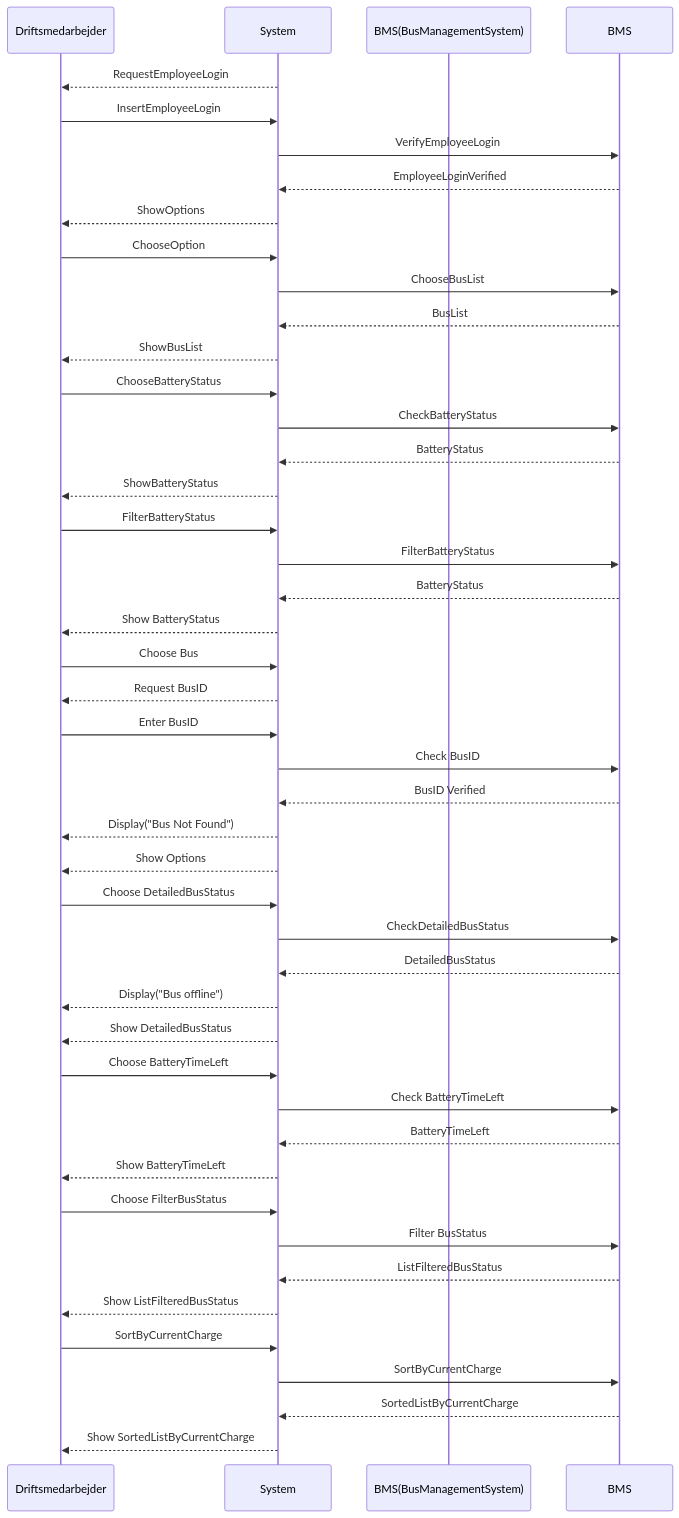
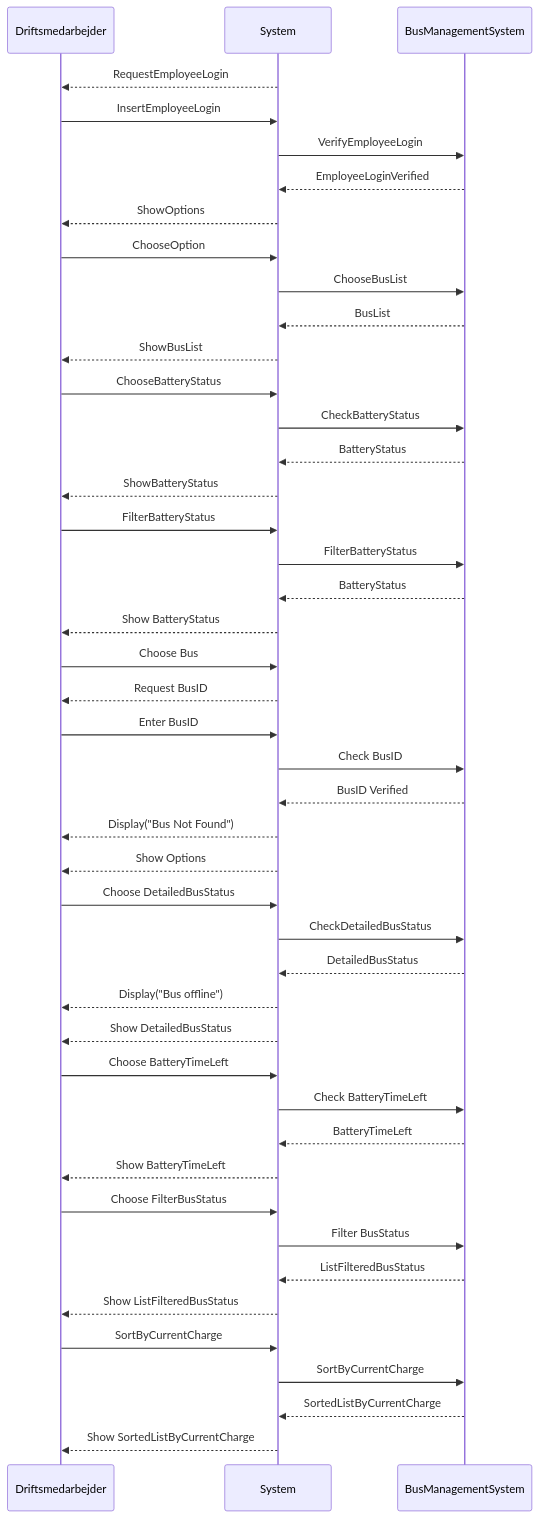
One commit to Team-14-pa-UCL/Getting-Real2 changed the diagram in Dokumentation/Iteration 1/Use Case 2/SD.mmd. Above: the diagram before and after it, drawn with Mermaid. The commit also changed 1 other file, not shown here.

```diff
--- a/Dokumentation/Iteration 1/Use Case 2/SD.mmd
+++ b/Dokumentation/Iteration 1/Use Case 2/SD.mmd
@@ -1,55 +1,55 @@
 sequenceDiagram
 	participant Driftsmedarbejder
 	participant System
-	participant BMS(BusManagementSystem)
+	participant BusManagementSystem
 
 	System-->>Driftsmedarbejder: RequestEmployeeLogin
 	Driftsmedarbejder->>System: InsertEmployeeLogin
 
-	System->>BMS: VerifyEmployeeLogin
-	BMS-->>System: EmployeeLoginVerified
+	System->>BusManagementSystem: VerifyEmployeeLogin
+	BusManagementSystem-->>System: EmployeeLoginVerified
 
 	System-->>Driftsmedarbejder: ShowOptions
 	Driftsmedarbejder->>System: ChooseOption
 
-	System->>BMS: ChooseBusList
-	BMS-->>System: BusList
+	System->>BusManagementSystem: ChooseBusList
+	BusManagementSystem-->>System: BusList
 	System-->>Driftsmedarbejder: ShowBusList
 
 	Driftsmedarbejder->>System: ChooseBatteryStatus
-	System->>BMS: CheckBatteryStatus
-	BMS-->>System: BatteryStatus
+	System->>BusManagementSystem: CheckBatteryStatus
+	BusManagementSystem-->>System: BatteryStatus
 	System-->>Driftsmedarbejder: ShowBatteryStatus
 
 	Driftsmedarbejder->>System: FilterBatteryStatus
-	System->>BMS: FilterBatteryStatus
-	BMS-->>System: BatteryStatus
+	System->>BusManagementSystem: FilterBatteryStatus
+	BusManagementSystem-->>System: BatteryStatus
 	System-->>Driftsmedarbejder: Show BatteryStatus
 
 	Driftsmedarbejder->>System: Choose Bus
 	System-->>Driftsmedarbejder: Request BusID
 	Driftsmedarbejder->>System: Enter BusID
-	System->>BMS: Check BusID
-	BMS-->>System: BusID Verified
+	System->>BusManagementSystem: Check BusID
+	BusManagementSystem-->>System: BusID Verified
 	System-->>Driftsmedarbejder: Display("Bus Not Found")
 	System-->>Driftsmedarbejder: Show Options
 	Driftsmedarbejder->>System: Choose DetailedBusStatus
-	System->>BMS: CheckDetailedBusStatus
-	BMS-->>System: DetailedBusStatus
+	System->>BusManagementSystem: CheckDetailedBusStatus
+	BusManagementSystem-->>System: DetailedBusStatus
 	System-->>Driftsmedarbejder: Display("Bus offline")
 	System-->>Driftsmedarbejder: Show DetailedBusStatus
 	
 	Driftsmedarbejder->>System: Choose BatteryTimeLeft
-	System->>BMS: Check BatteryTimeLeft
-	BMS-->>System: BatteryTimeLeft
+	System->>BusManagementSystem: Check BatteryTimeLeft
+	BusManagementSystem-->>System: BatteryTimeLeft
 	System-->>Driftsmedarbejder: Show BatteryTimeLeft
 
 	Driftsmedarbejder->>System: Choose FilterBusStatus
-	System->>BMS: Filter BusStatus
-	BMS-->>System: ListFilteredBusStatus
+	System->>BusManagementSystem: Filter BusStatus
+	BusManagementSystem-->>System: ListFilteredBusStatus
 	System-->>Driftsmedarbejder: Show ListFilteredBusStatus
 
 	Driftsmedarbejder->>System: SortByCurrentCharge
-	System->>BMS: SortByCurrentCharge
-	BMS-->>System: SortedListByCurrentCharge
+	System->>BusManagementSystem: SortByCurrentCharge
+	BusManagementSystem-->>System: SortedListByCurrentCharge
 	System-->>Driftsmedarbejder: Show SortedListByCurrentCharge
```
